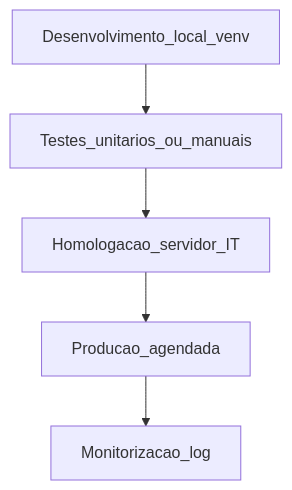
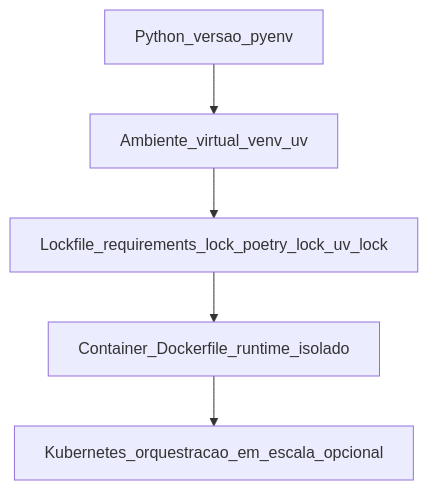
The first of 3 diagrams in aulas/trilha-automacao-e-digitalizacao/modulo-02-python-para-logistica/aula-01-ambiente-notebooks-boas-praticas.md (cleberhensel/logisticon-academy), drawn with Mermaid before and after one commit. The commit also changed other lines of this file and 122 other files, not shown here.

````diff
--- a/aulas/trilha-automacao-e-digitalizacao/modulo-02-python-para-logistica/aula-01-ambiente-notebooks-boas-praticas.md
+++ b/aulas/trilha-automacao-e-digitalizacao/modulo-02-python-para-logistica/aula-01-ambiente-notebooks-boas-praticas.md
@@ -44,9 +54,9 @@
 ```mermaid
 flowchart TD
-  D[Desenvolvimento_local_venv]
-  T[Testes_unitarios_ou_manuais]
-  H[Homologacao_servidor_IT]
-  P[Producao_agendada]
-  M[Monitorizacao_log]
-  D --> T --> H --> P --> M
+  P[Python_versao_pyenv]
+  V[Ambiente_virtual_venv_uv]
+  L[Lockfile_requirements_lock_poetry_lock_uv_lock]
+  C[Container_Dockerfile_runtime_isolado]
+  K[Kubernetes_orquestracao_em_escala_opcional]
+  P --> V --> L --> C --> K
 ```
````
